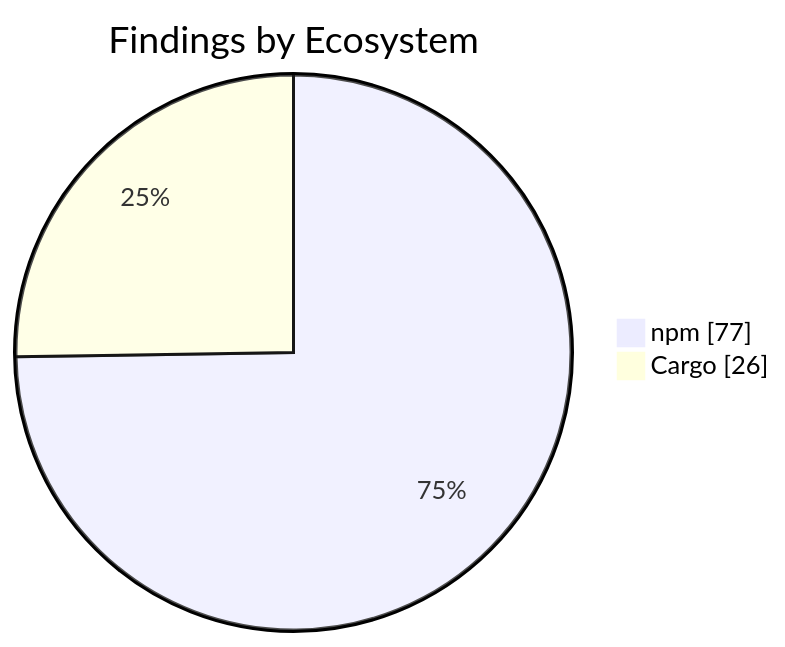
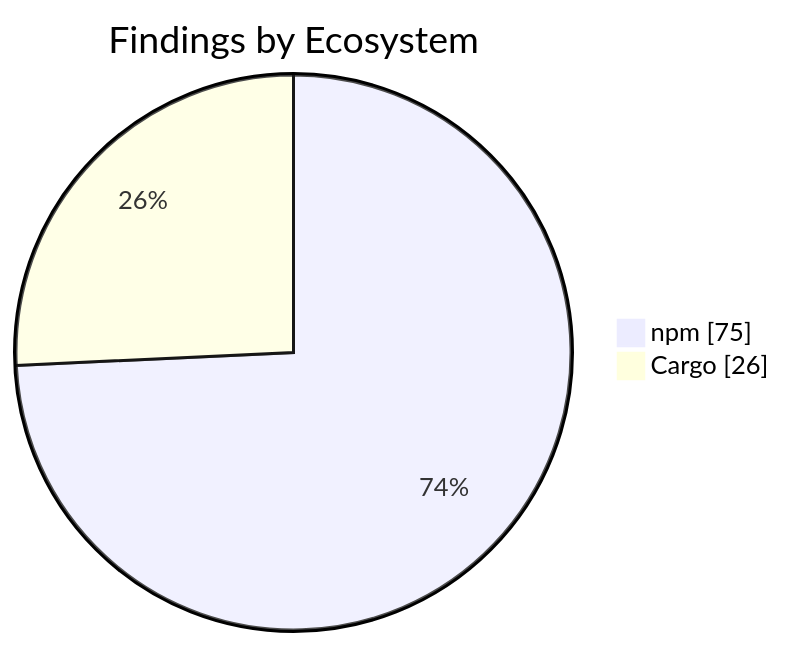
The second of 2 diagrams in apps/kbve/astro-kbve/src/content/docs/dashboard/security.mdx (KBVE/kbve), drawn with Mermaid before and after one commit. The commit also changed other lines of this file and 8 other files, not shown here.

````diff
--- a/apps/kbve/astro-kbve/src/content/docs/dashboard/security.mdx
+++ b/apps/kbve/astro-kbve/src/content/docs/dashboard/security.mdx
@@ -73,6 +73,6 @@
 ```mermaid
 pie showData
     title Findings by Ecosystem
-    "npm" : 77
+    "npm" : 75
     "Cargo" : 26
 ```
````
